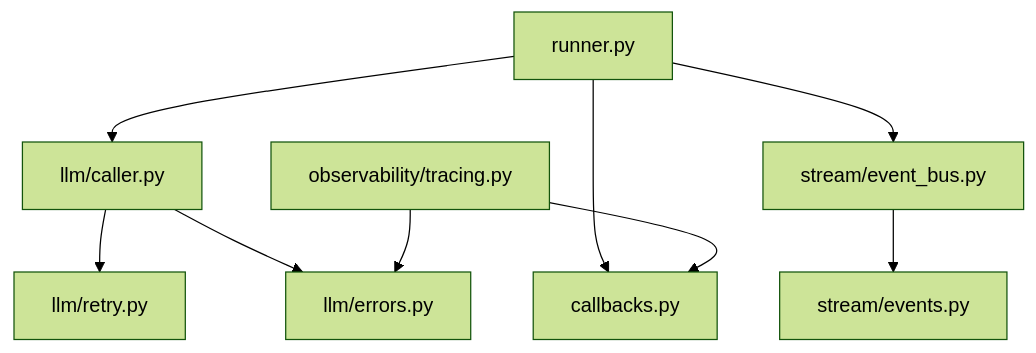
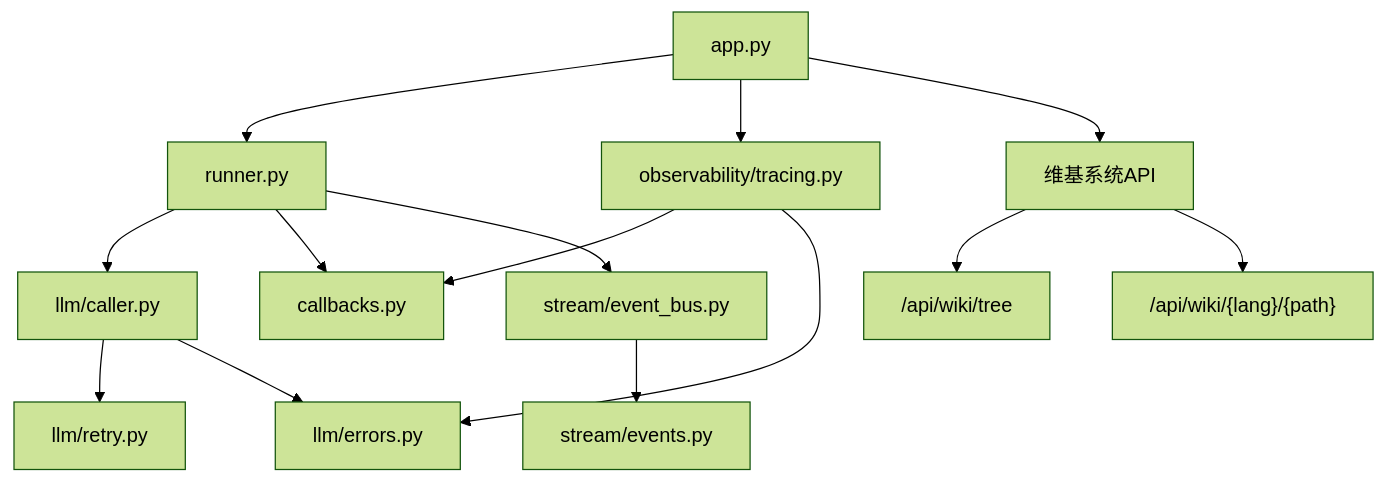
The seventh of 8 diagrams in repowiki/zh/content/故障排除.md (YU-JI-KUI/ark-agentic), drawn with Mermaid (forest theme) before and after one commit. The commit also changed other lines of this file and 10 other files, not shown here.

````diff
--- a/repowiki/zh/content/故障排除.md
+++ b/repowiki/zh/content/故障排除.md
@@ -300,11 +325,16 @@
 ```mermaid
 graph TB
 RUN["runner.py"] --> CALLER["llm/caller.py"]
 RUN --> CB["callbacks.py"]
 RUN --> EB["stream/event_bus.py"]
 CALLER --> RETRY["llm/retry.py"]
 CALLER --> ERR["llm/errors.py"]
 TR["observability/tracing.py"] --> CB
 TR --> ERR
 EB --> EVT["stream/events.py"]
+APP["app.py"] --> RUN
+APP --> TR
+APP --> WIKI["维基系统API"]
+WIKI --> TREE["/api/wiki/tree"]
+WIKI --> PAGE["/api/wiki/{lang}/{path}"]
 ```
````
